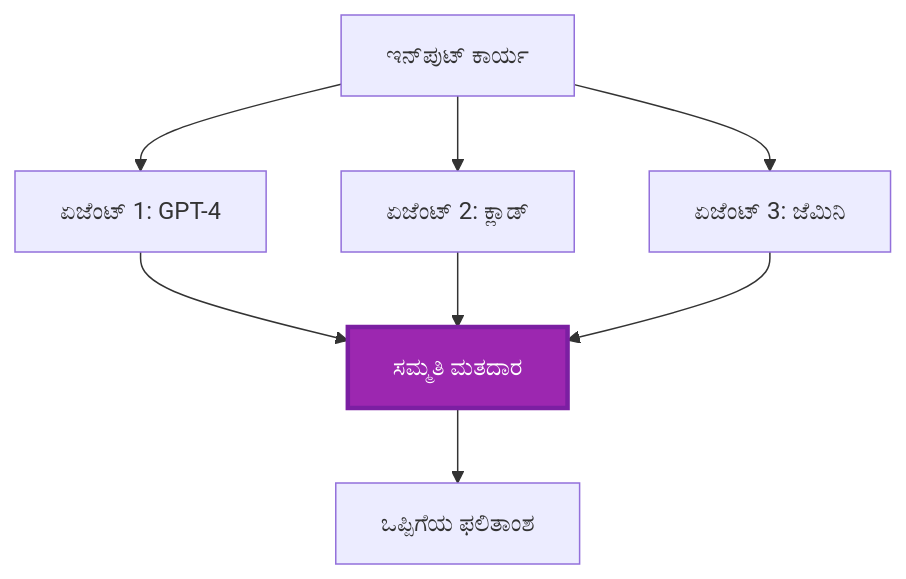
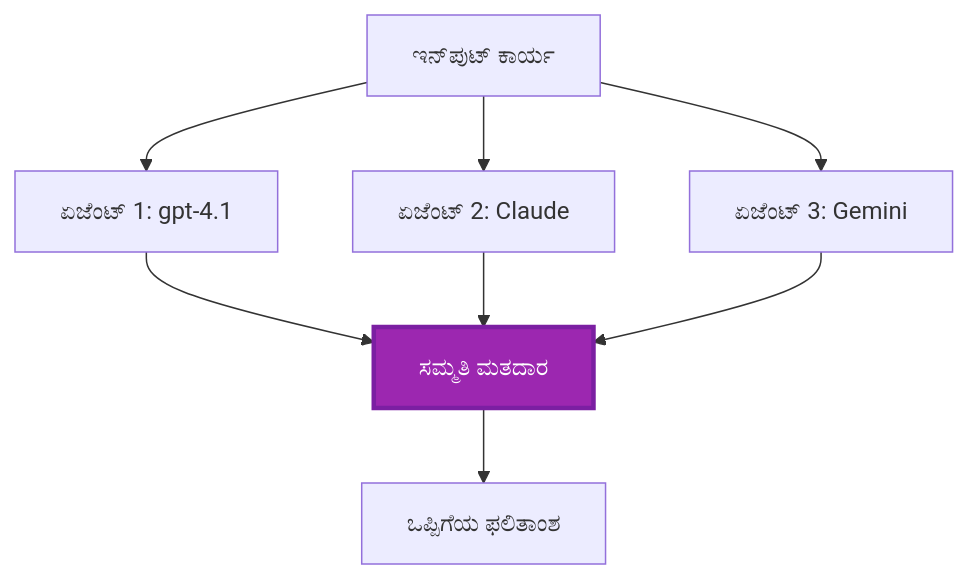
The fifth of 6 diagrams in translations/kn/docs/chapter-06-pre-deployment/coordination-patterns.md (microsoft/AZD-for-beginners), drawn with Mermaid before and after one commit. The commit also changed other lines of this file and 102 other files, not shown here.

````diff
--- a/translations/kn/docs/chapter-06-pre-deployment/coordination-patterns.md
+++ b/translations/kn/docs/chapter-06-pre-deployment/coordination-patterns.md
@@ -231,19 +225,19 @@
 ```mermaid
 graph TB
     Input[ಇನ್‌ಪುಟ್ ಕಾರ್ಯ]
-    Agent1[ಏಜೆಂಟ್ 1: GPT-4]
-    Agent2[ಏಜೆಂಟ್ 2: ಕ್ಲಾಡ್]
-    Agent3[ಏಜೆಂಟ್ 3: ಜೆಮಿನಿ]
+    Agent1[ಏಜೆಂಟ್ 1: gpt-4.1]
+    Agent2[ಏಜೆಂಟ್ 2: Claude]
+    Agent3[ಏಜೆಂಟ್ 3: Gemini]
     Voter[ಸಮ್ಮತಿ ಮತದಾರ]
     Output[ಒಪ್ಪಿಗೆಯ ಫಲಿತಾಂಶ]
     
     Input --> Agent1
     Input --> Agent2
     Input --> Agent3
     Agent1 --> Voter
     Agent2 --> Voter
     Agent3 --> Voter
     Voter --> Output
     
     style Voter fill:#9C27B0,stroke:#7B1FA2,stroke-width:3px,color:#fff
 ```
````
